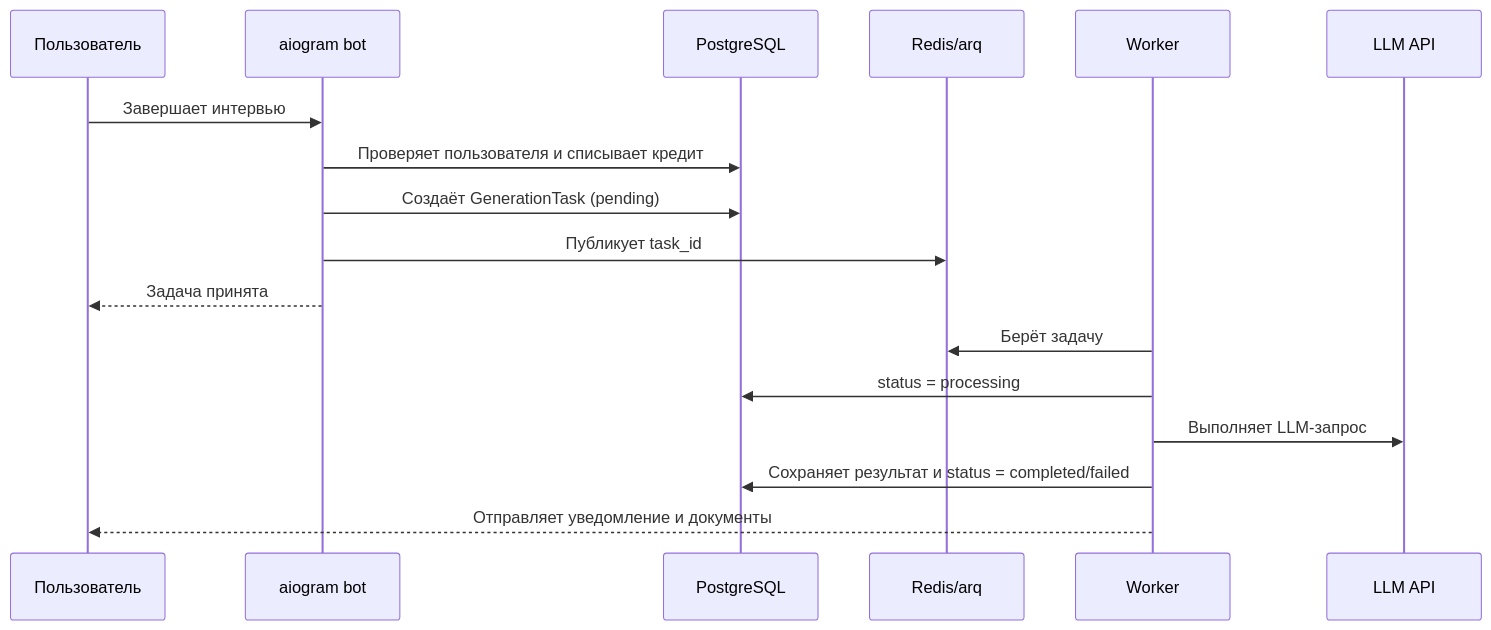
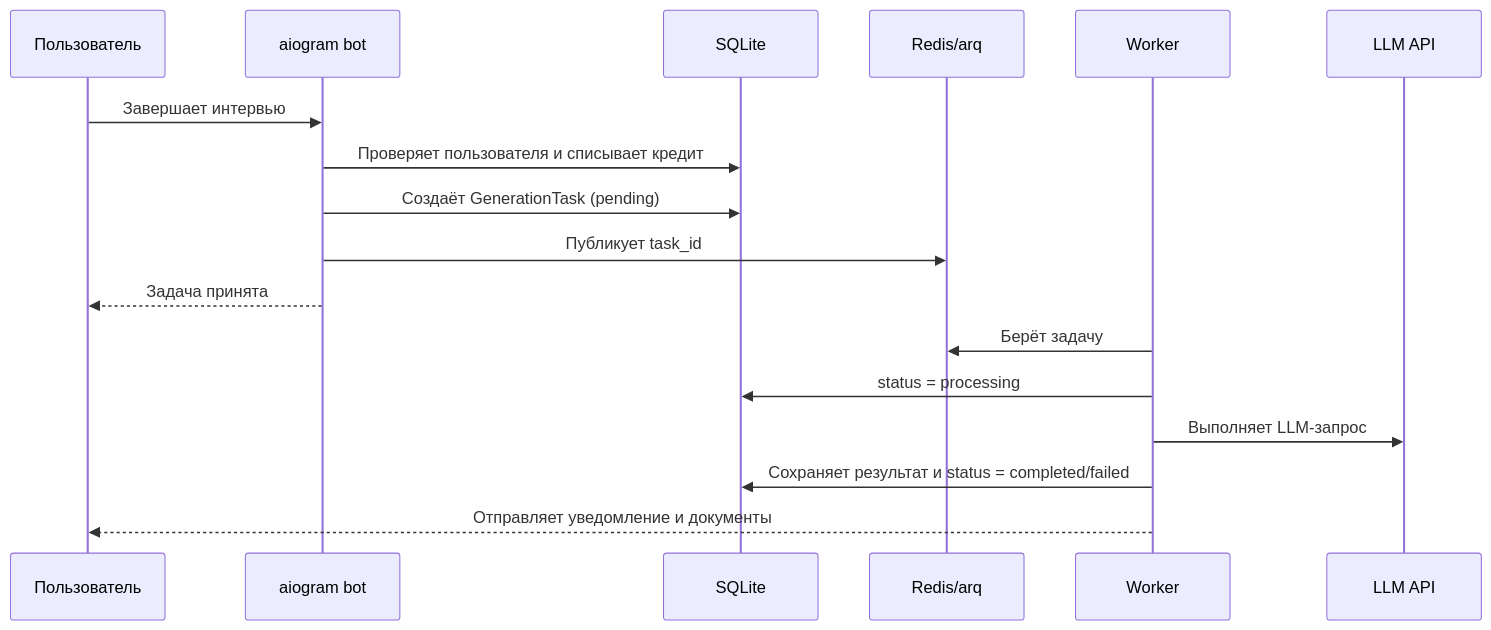
Before and after one commit to HellenWeb/termsOfReference-llm: the diagram in README.md, drawn with Mermaid. The commit also changed other lines of this file and 22 other files, not shown here.

````diff
--- a/README.md
+++ b/README.md
@@ -101,20 +112,20 @@
 ```mermaid
 sequenceDiagram
     participant U as Пользователь
     participant B as aiogram bot
-    participant DB as PostgreSQL
+    participant DB as SQLite
     participant R as Redis/arq
     participant W as Worker
     participant L as LLM API
 
     U->>B: Завершает интервью
     B->>DB: Проверяет пользователя и списывает кредит
     B->>DB: Создаёт GenerationTask (pending)
     B->>R: Публикует task_id
     B-->>U: Задача принята
     W->>R: Берёт задачу
     W->>DB: status = processing
     W->>L: Выполняет LLM-запрос
     W->>DB: Сохраняет результат и status = completed/failed
     W-->>U: Отправляет уведомление и документы
 ```
````
